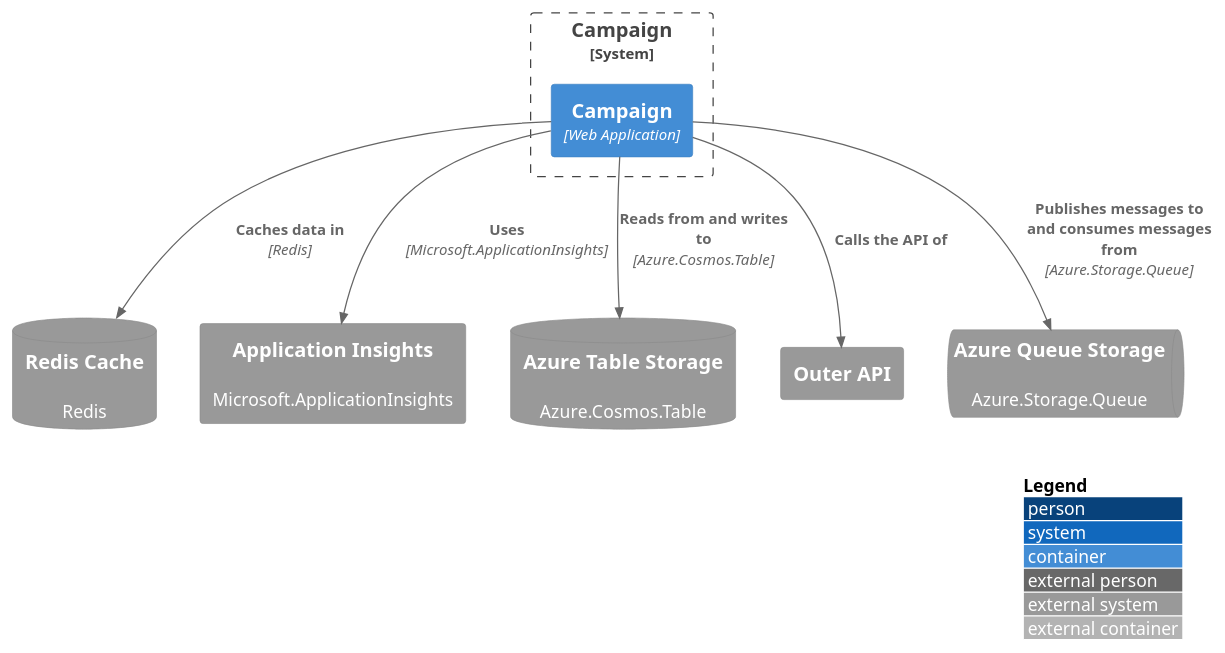
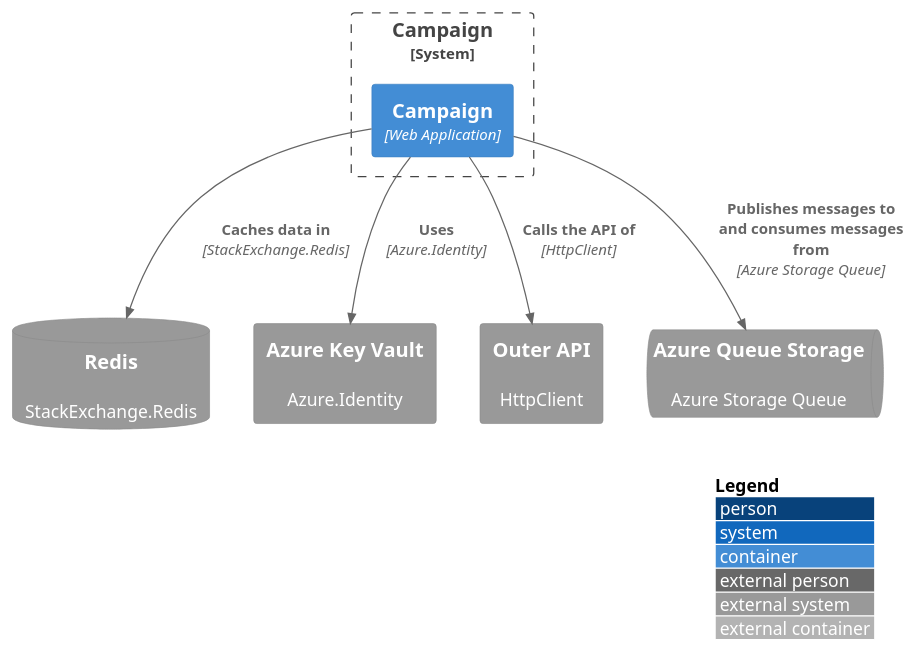
One commit to talentconsulting/service-catalogue-data changed the diagram in das-campaign/service-dependencies/service-dependencies.puml. Above: the diagram before and after it, drawn with PlantUML. The commit also changed 46 other files, not shown here.

```diff
--- a/das-campaign/service-dependencies/service-dependencies.puml
+++ b/das-campaign/service-dependencies/service-dependencies.puml
@@ -1,21 +1,19 @@
 @startuml
 !include https://raw.githubusercontent.com/plantuml-stdlib/C4-PlantUML/master/C4_Container.puml
 LAYOUT_WITH_LEGEND()
 
 System_Boundary(sys_SkillsFundingAgency_das_campaign, "Campaign") {
   Container(c_campaign_web, "Campaign", "Web Application")
 }
 
-SystemDb_Ext(d_cache_redis_cache, "Redis Cache", "Redis")
-System_Ext(d_cloud_service_application_insights, "Application Insights", "Microsoft.ApplicationInsights")
-SystemDb_Ext(d_database_azure_table_storage, "Azure Table Storage", "Azure.Cosmos.Table")
-System_Ext(d_http_api_outer_api, "Outer API")
-SystemQueue_Ext(d_message_broker_azure_queue_storage, "Azure Queue Storage", "Azure.Storage.Queue")
+SystemDb_Ext(d_cache_redis, "Redis", "StackExchange.Redis")
+System_Ext(d_cloud_service_azure_key_vault, "Azure Key Vault", "Azure.Identity")
+System_Ext(d_http_api_outer_api, "Outer API", "HttpClient")
+SystemQueue_Ext(d_message_broker_azure_queue_storage, "Azure Queue Storage", "Azure Storage Queue")
 
-Rel(c_campaign_web, d_cache_redis_cache, "Caches data in", "Redis")
-Rel(c_campaign_web, d_cloud_service_application_insights, "Uses", "Microsoft.ApplicationInsights")
-Rel(c_campaign_web, d_database_azure_table_storage, "Reads from and writes to", "Azure.Cosmos.Table")
-Rel(c_campaign_web, d_http_api_outer_api, "Calls the API of")
-Rel(c_campaign_web, d_message_broker_azure_queue_storage, "Publishes messages to and consumes messages from", "Azure.Storage.Queue")
+Rel(c_campaign_web, d_cache_redis, "Caches data in", "StackExchange.Redis")
+Rel(c_campaign_web, d_cloud_service_azure_key_vault, "Uses", "Azure.Identity")
+Rel(c_campaign_web, d_http_api_outer_api, "Calls the API of", "HttpClient")
+Rel(c_campaign_web, d_message_broker_azure_queue_storage, "Publishes messages to and consumes messages from", "Azure Storage Queue")
 
 @enduml
```
